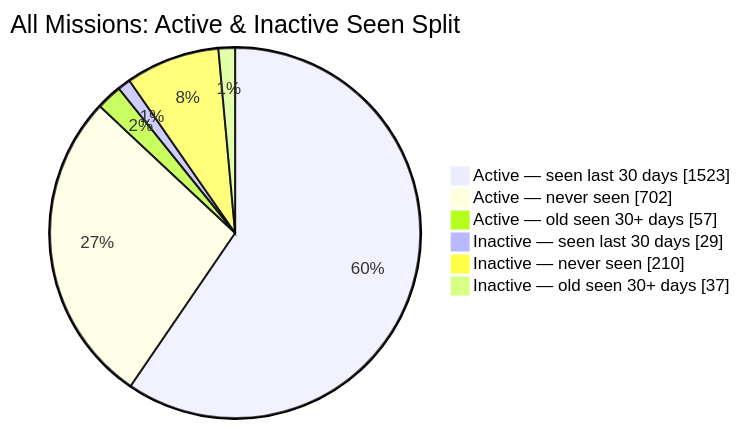
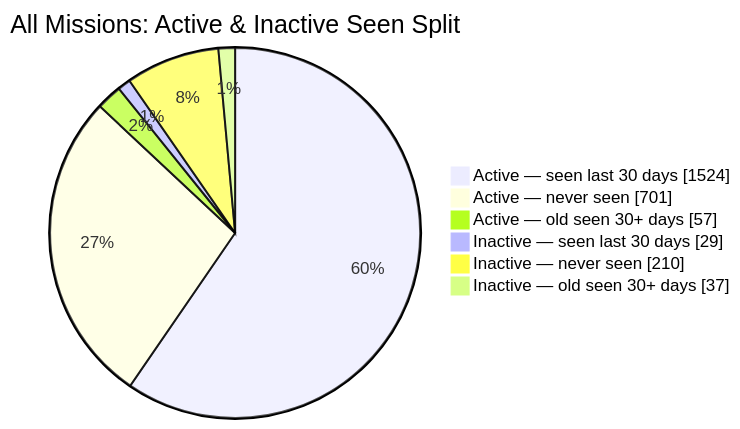
The second of 2 diagrams in README.md (MeldkamerspelGameTeam/active-missions), drawn with Mermaid before and after one commit. The commit also changed other lines of this file and 2 other files, not shown here.

````diff
--- a/README.md
+++ b/README.md
@@ -44,10 +44,10 @@
 ```mermaid
 pie showData
     title All Missions: Active & Inactive Seen Split
-    "Active — seen last 30 days" : 1523
-    "Active — never seen" : 702
+    "Active — seen last 30 days" : 1524
+    "Active — never seen" : 701
     "Active — old seen 30+ days" : 57
     "Inactive — seen last 30 days" : 29
     "Inactive — never seen" : 210
     "Inactive — old seen 30+ days" : 37
 ```
````
